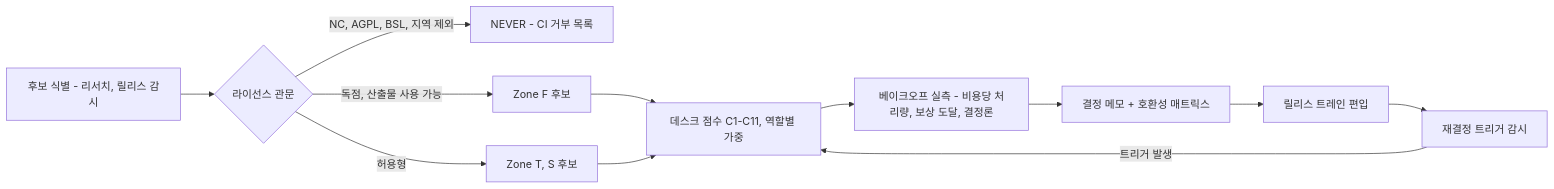
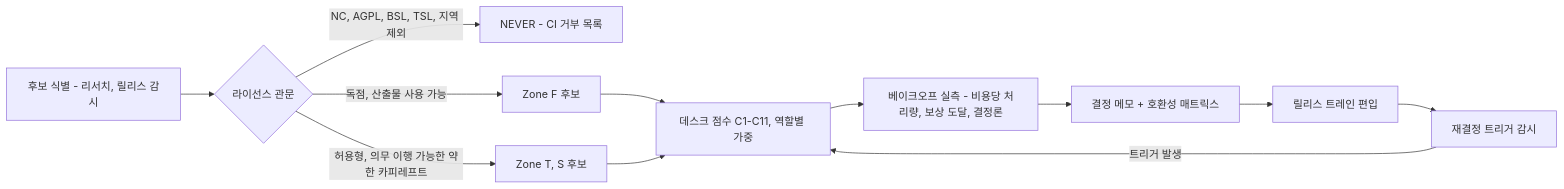
Before and after one commit to ouremployeeces-ship-it/AIResearch: the second of 8 diagrams in docs/digital-twin-platform/03-engine-selection-build-vs-buy.md, drawn with Mermaid. The commit also changed other lines of this file and 14 other files, not shown here.

````diff
--- a/docs/digital-twin-platform/03-engine-selection-build-vs-buy.md
+++ b/docs/digital-twin-platform/03-engine-selection-build-vs-buy.md
@@ -142,14 +142,14 @@
 ```mermaid
 flowchart LR
     A["후보 식별 - 리서치, 릴리스 감시"] --> B{"라이선스 관문"}
-    B -->|"NC, AGPL, BSL, 지역 제외"| X["NEVER - CI 거부 목록"]
+    B -->|"NC, AGPL, BSL, TSL, 지역 제외"| X["NEVER - CI 거부 목록"]
     B -->|"독점, 산출물 사용 가능"| F["Zone F 후보"]
-    B -->|"허용형"| T["Zone T, S 후보"]
+    B -->|"허용형, 의무 이행 가능한 약한 카피레프트"| T["Zone T, S 후보"]
     F --> D["데스크 점수 C1-C11, 역할별 가중"]
     T --> D
     D --> E["베이크오프 실측 - 비용당 처리량, 보상 도달, 결정론"]
     E --> M["결정 메모 + 호환성 매트릭스"]
     M --> R["릴리스 트레인 편입"]
     R --> W["재결정 트리거 감시"]
     W -->|"트리거 발생"| D
 ```
````
